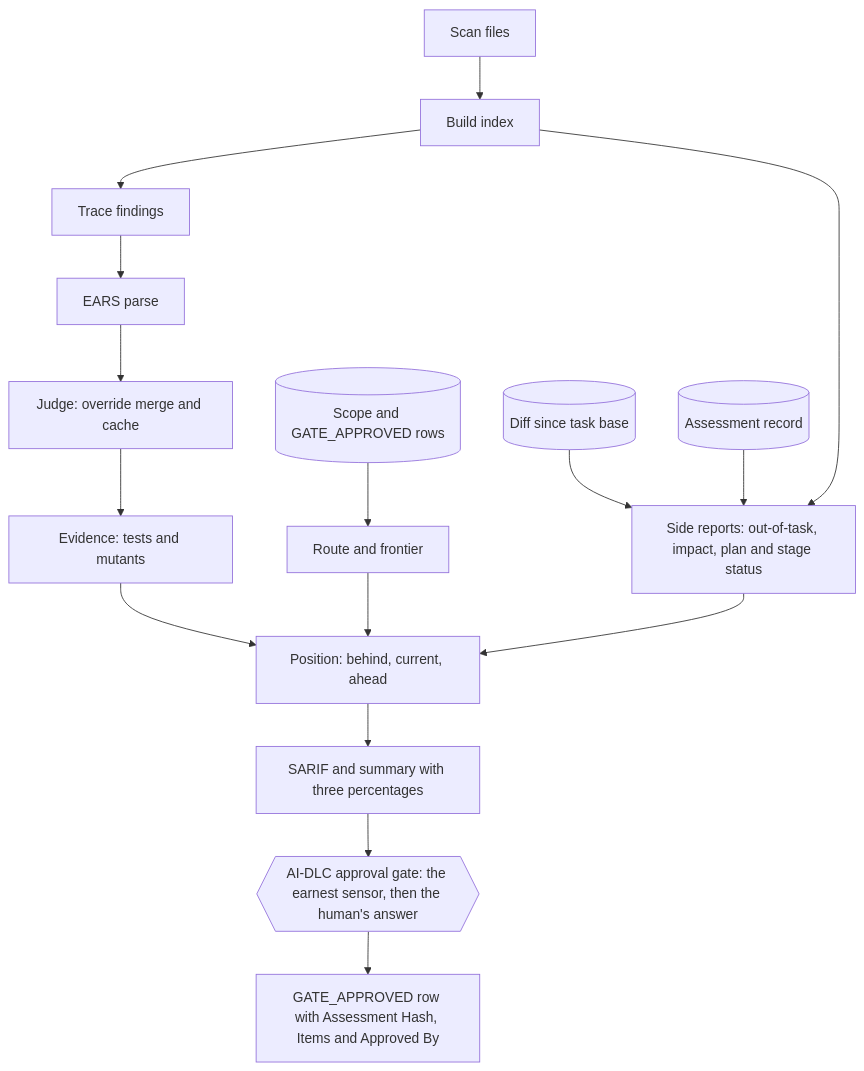
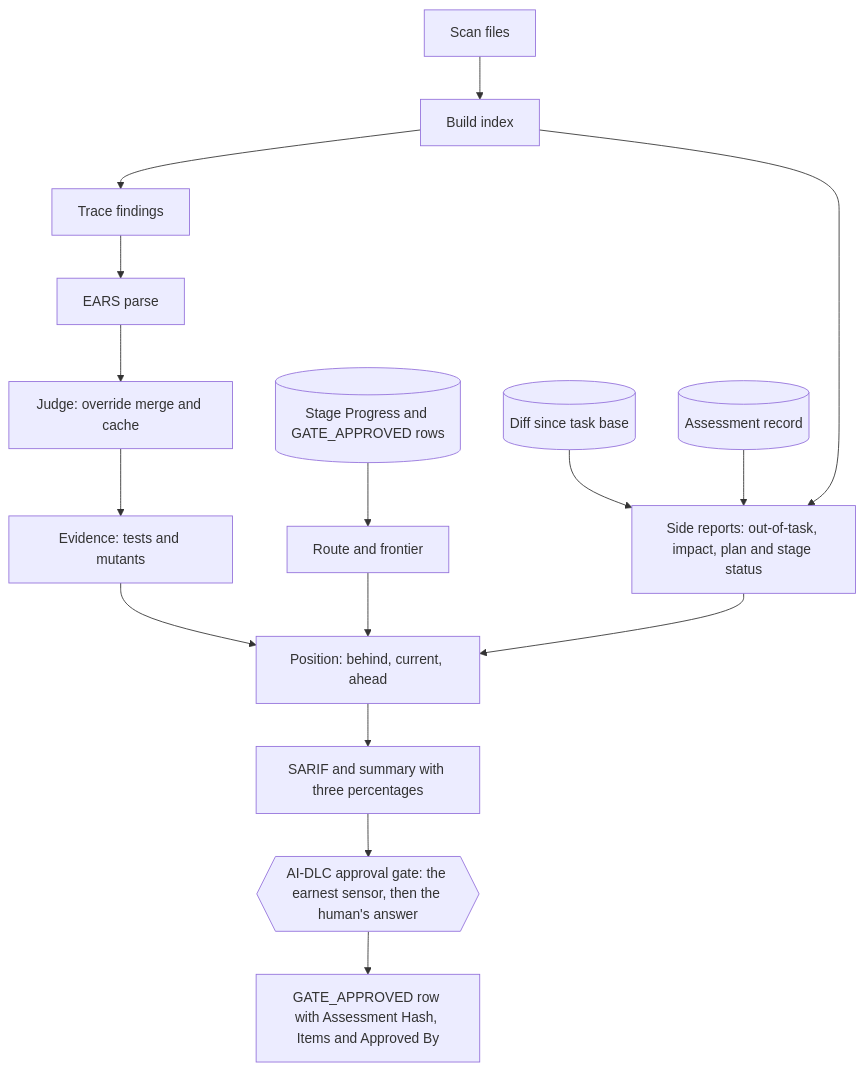
One commit to nullrul/earnest changed the fifth of 5 diagrams in docs/design/01-logic-design.md. Above: the diagram before and after it, drawn with Mermaid. The commit also changed other lines of this file and 4 other files, not shown here.

````diff
--- a/docs/design/01-logic-design.md
+++ b/docs/design/01-logic-design.md
@@ -1099,18 +1180,18 @@
 ```mermaid
 flowchart TB
   scan[Scan files] --> index[Build index]
   index --> trace[Trace findings]
   trace --> parse[EARS parse]
   parse --> judge[Judge: override merge and cache]
   judge --> evid[Evidence: tests and mutants]
   evid --> pos[Position: behind, current, ahead]
-  audit[(Scope and GATE_APPROVED rows)] --> front[Route and frontier]
+  audit[(Stage Progress and GATE_APPROVED rows)] --> front[Route and frontier]
   front --> pos
   pos --> out[SARIF and summary with three percentages]
   diff[(Diff since task base)] --> side
   record[(Assessment record)] --> side
   index --> side[Side reports: out-of-task, impact, plan and stage status]
   side --> pos
   out --> gate{{"AI-DLC approval gate: the earnest sensor, then the human's answer"}}
   gate --> approve[GATE_APPROVED row with Assessment Hash, Items and Approved By]
 ```
````
